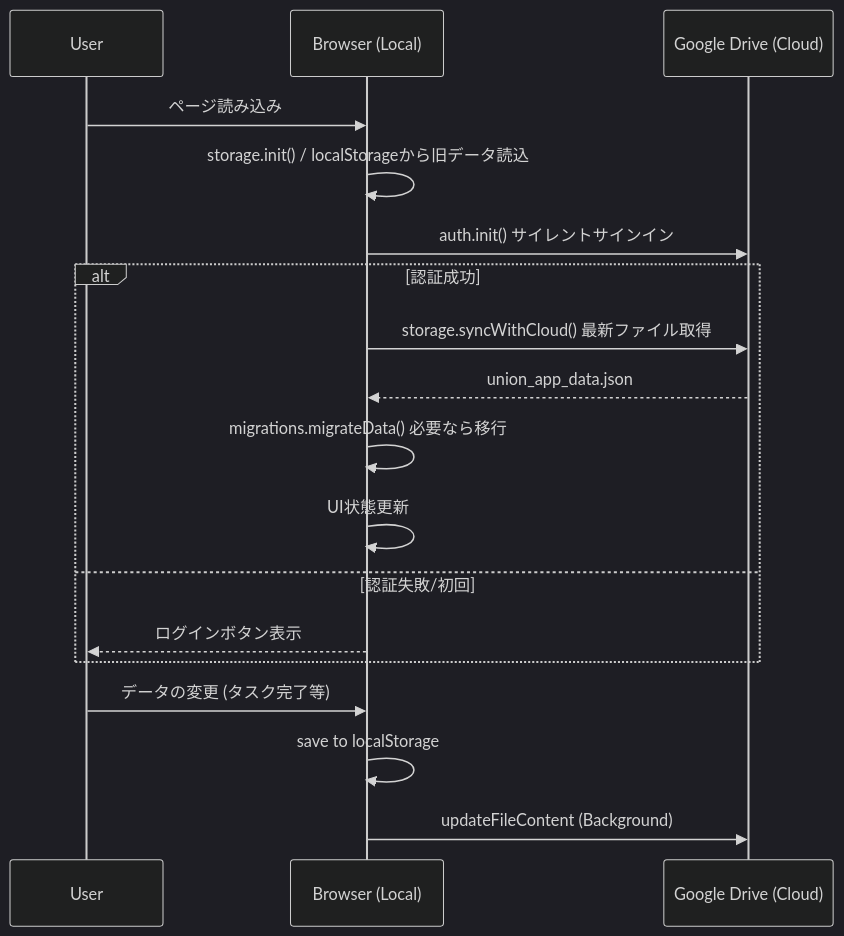
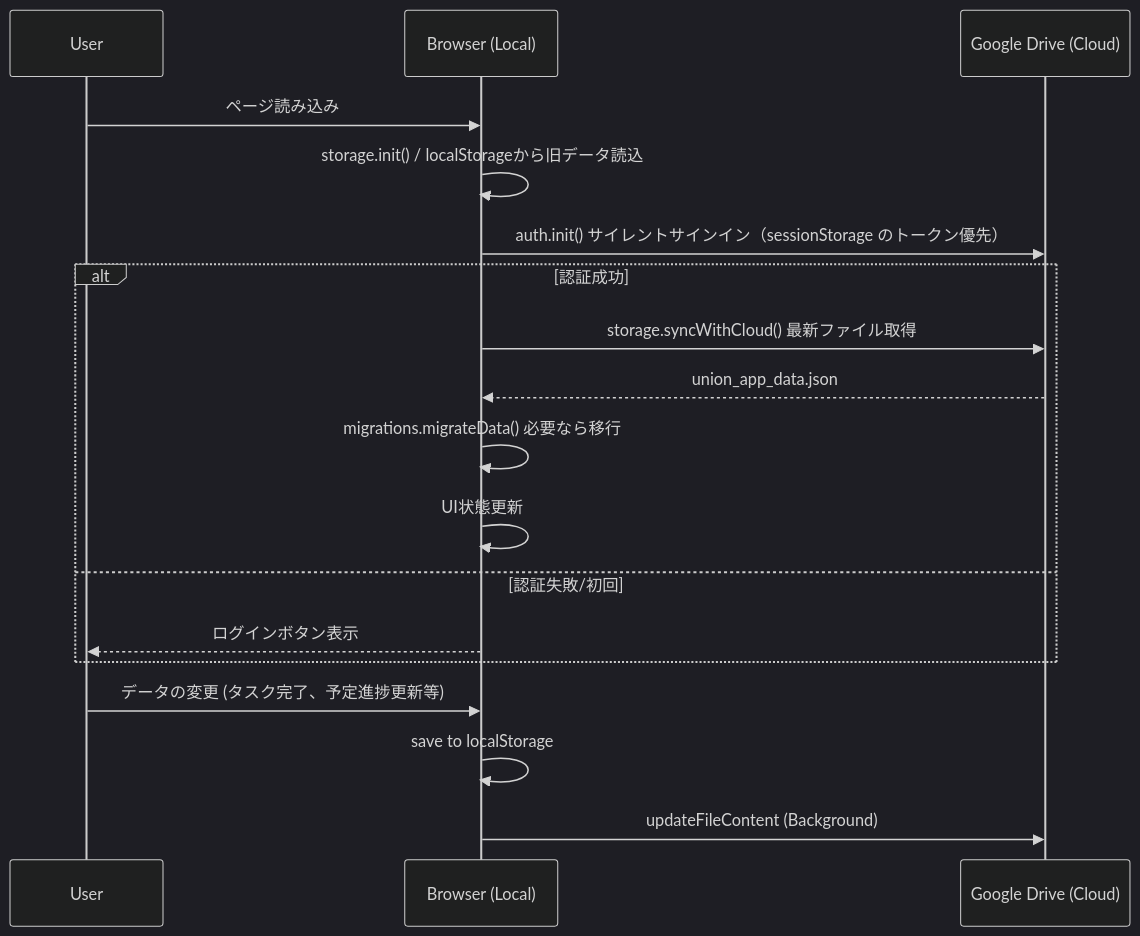
Before and after one commit to nimonit1/union-member-activity-manage-app: the second of 3 diagrams in DESIGN.md, drawn with Mermaid (dark theme). The commit also changed other lines of this file and 7 other files, not shown here.

````diff
--- a/DESIGN.md
+++ b/DESIGN.md
@@ -98,22 +98,22 @@
 ```mermaid
 sequenceDiagram
     participant U as User
     participant B as Browser (Local)
     participant G as Google Drive (Cloud)
     
     U->>B: ページ読み込み
     B->>B: storage.init() / localStorageから旧データ読込
-    B->>G: auth.init() サイレントサインイン
+    B->>G: auth.init() サイレントサインイン（sessionStorage のトークン優先）
     alt 認証成功
         B->>G: storage.syncWithCloud() 最新ファイル取得
         G-->>B: union_app_data.json
         B->>B: migrations.migrateData() 必要なら移行
         B->>B: UI状態更新
     else 認証失敗/初回
         B-->>U: ログインボタン表示
     end
     
-    U->>B: データの変更 (タスク完了等)
+    U->>B: データの変更 (タスク完了、予定進捗更新等)
     B->>B: save to localStorage
     B->>G: updateFileContent (Background)
 ```
````
